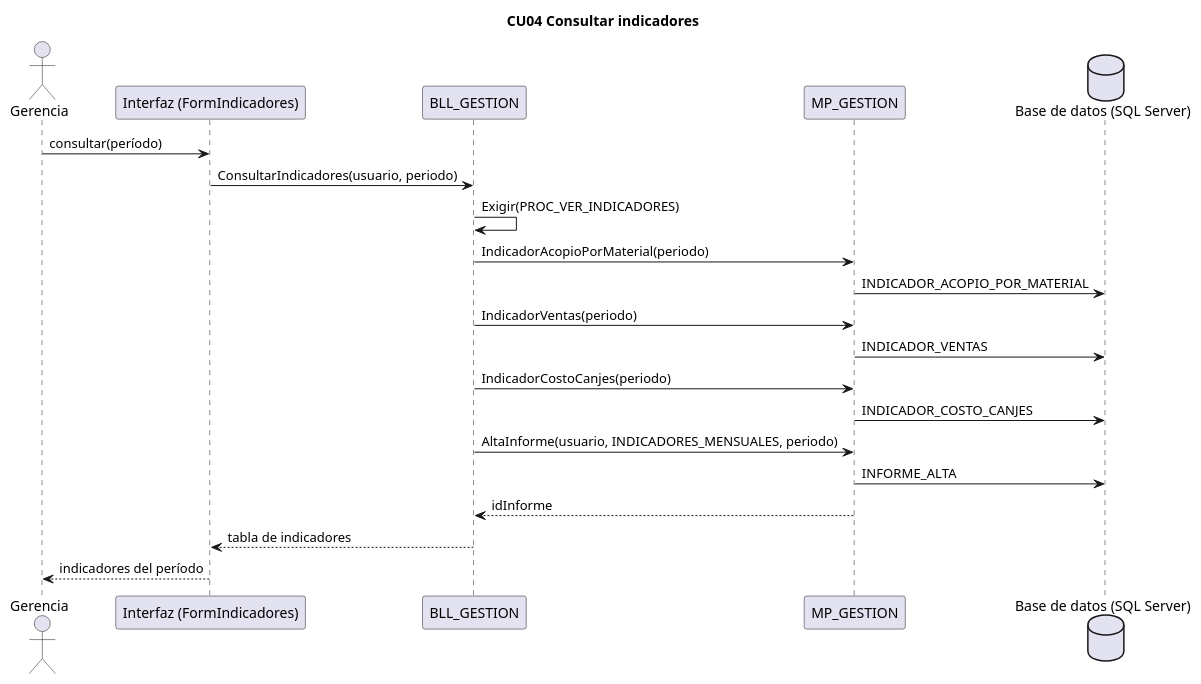
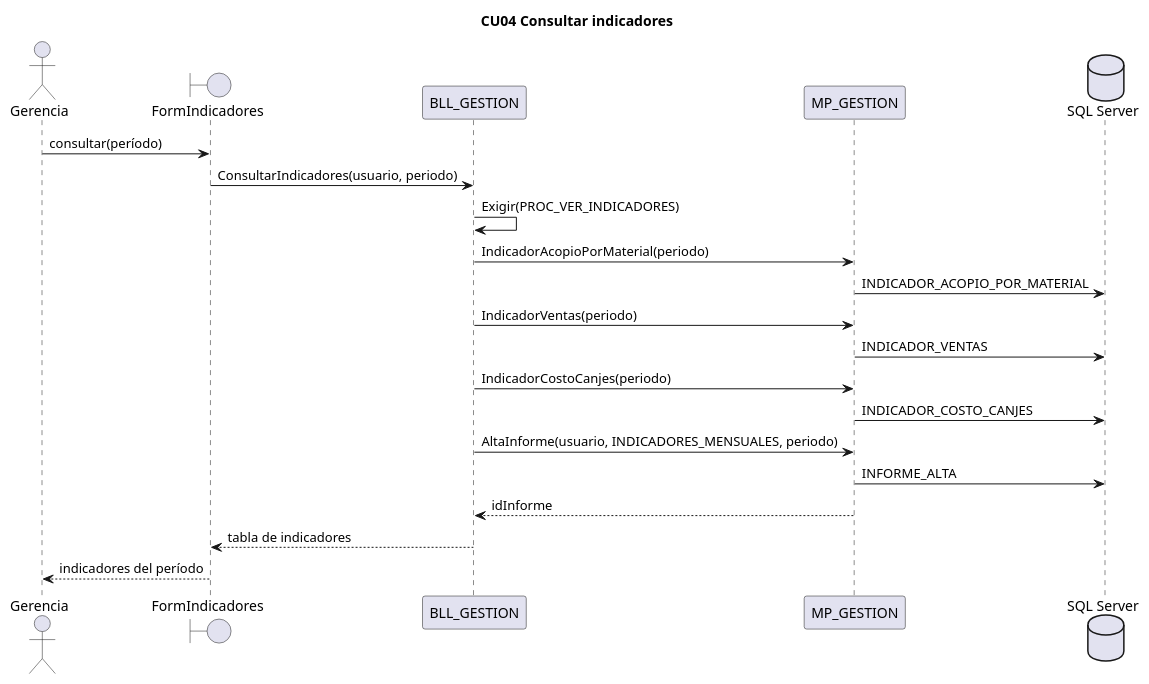
One commit to L-Muniz/uai-diploma_2026 changed the diagram in docs/diagramas/secuencias/CU04_consultar_indicadores.puml. Above: the diagram before and after it, drawn with PlantUML. The commit also changed 36 other files, not shown here.

Commit message:
Docs: secuencias con símbolos de interfaz (boundary) y base de datos (database) de PlantUML

```diff
--- a/docs/diagramas/secuencias/CU04_consultar_indicadores.puml
+++ b/docs/diagramas/secuencias/CU04_consultar_indicadores.puml
@@ -1,22 +1,22 @@
 @startuml CU04
 title CU04 Consultar indicadores
 actor Gerencia
-participant "Interfaz (FormIndicadores)" as IU
+boundary "FormIndicadores" as IU
 participant "BLL_GESTION" as BLL
 participant "MP_GESTION" as DAL
-database "Base de datos (SQL Server)" as BD
+database "SQL Server" as BD
 Gerencia -> IU : consultar(período)
 IU -> BLL : ConsultarIndicadores(usuario, periodo)
 BLL -> BLL : Exigir(PROC_VER_INDICADORES)
 BLL -> DAL : IndicadorAcopioPorMaterial(periodo)
 DAL -> BD : INDICADOR_ACOPIO_POR_MATERIAL
 BLL -> DAL : IndicadorVentas(periodo)
 DAL -> BD : INDICADOR_VENTAS
 BLL -> DAL : IndicadorCostoCanjes(periodo)
 DAL -> BD : INDICADOR_COSTO_CANJES
 BLL -> DAL : AltaInforme(usuario, INDICADORES_MENSUALES, periodo)
 DAL -> BD : INFORME_ALTA
 DAL --> BLL : idInforme
 BLL --> IU : tabla de indicadores
 IU --> Gerencia : indicadores del período
 @enduml
```
